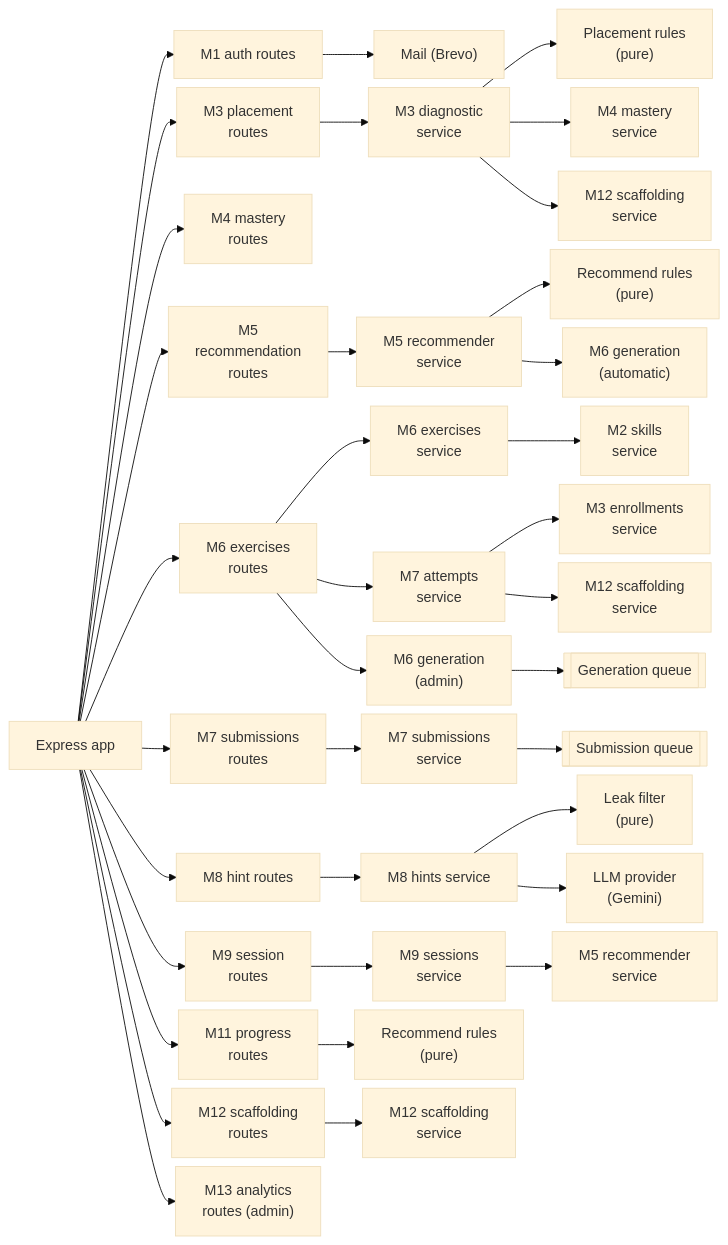
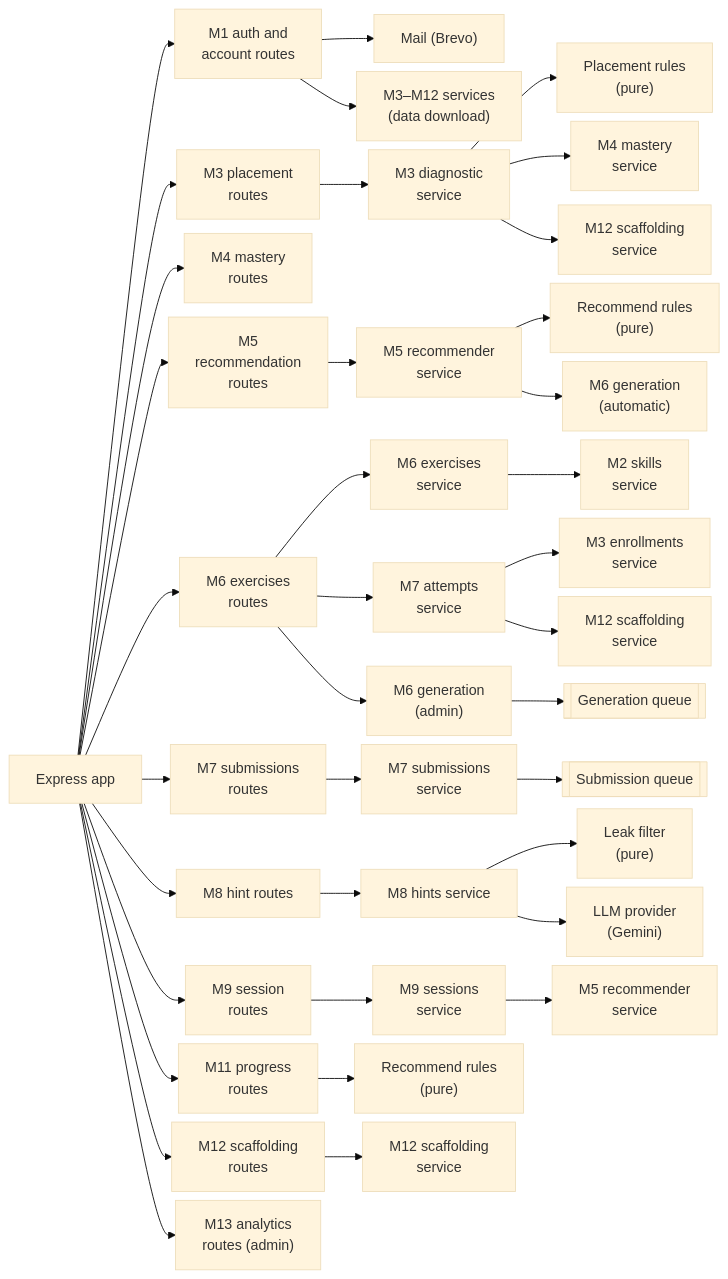
Before and after one commit to Nidanos/ai-tutor-platform: diagram 23 of 24 in DOCS/phase-3/MP3-Draft-Report.md, drawn with Mermaid (base theme). The commit also changed other lines of this file and 1 other file, not shown here.

Commit message:
docs: update the phase 3 report for data rights, skill details, the legal pages and the client-IP fix

````diff
--- a/DOCS/phase-3/MP3-Draft-Report.md
+++ b/DOCS/phase-3/MP3-Draft-Report.md
@@ -1683,33 +1777,34 @@
 ```mermaid
 ---
 config:
   flowchart:
     nodeSpacing: 10
     rankSpacing: 30
 ---
 flowchart LR
   APP["Express app"]
-  APP --> AUTH["M1 auth routes"] --> ML["Mail (Brevo)"]
+  APP --> AUTH["M1 auth and<br/>account routes"] --> ML["Mail (Brevo)"]
+  AUTH --> MOD["M3–M12 services<br/>(data download)"]
   APP --> DIA["M3 placement<br/>routes"] --> DS["M3 diagnostic<br/>service"]
   DS --> PL["Placement rules<br/>(pure)"]
   DS --> MS1["M4 mastery<br/>service"]
   DS --> FS1["M12 scaffolding<br/>service"]
   APP --> MAS["M4 mastery<br/>routes"]
   APP --> REC["M5<br/>recommendation<br/>routes"] --> RS["M5 recommender<br/>service"]
   RS --> RR["Recommend rules<br/>(pure)"]
   RS --> GEN2["M6 generation<br/>(automatic)"]
   APP --> EXR["M6 exercises<br/>routes"]
   EXR --> EXS["M6 exercises<br/>service"] --> SK["M2 skills<br/>service"]
   EXR --> ATS["M7 attempts<br/>service"]
   ATS --> EN["M3 enrollments<br/>service"]
   ATS --> FS2["M12 scaffolding<br/>service"]
   EXR --> GEN["M6 generation<br/>(admin)"] --> GQ[["Generation queue"]]
   APP --> SUB["M7 submissions<br/>routes"] --> SS["M7 submissions<br/>service"] --> Q[["Submission queue"]]
   APP --> HIN["M8 hint routes"] --> HS["M8 hints service"]
   HS --> LF["Leak filter<br/>(pure)"]
   HS --> LLM["LLM provider<br/>(Gemini)"]
   APP --> SES["M9 session<br/>routes"] --> SV["M9 sessions<br/>service"] --> RS2["M5 recommender<br/>service"]
   APP --> PRG["M11 progress<br/>routes"] --> RR2["Recommend rules<br/>(pure)"]
   APP --> FAD["M12 scaffolding<br/>routes"] --> FS3["M12 scaffolding<br/>service"]
   APP --> ANA["M13 analytics<br/>routes (admin)"]
 ```
````
